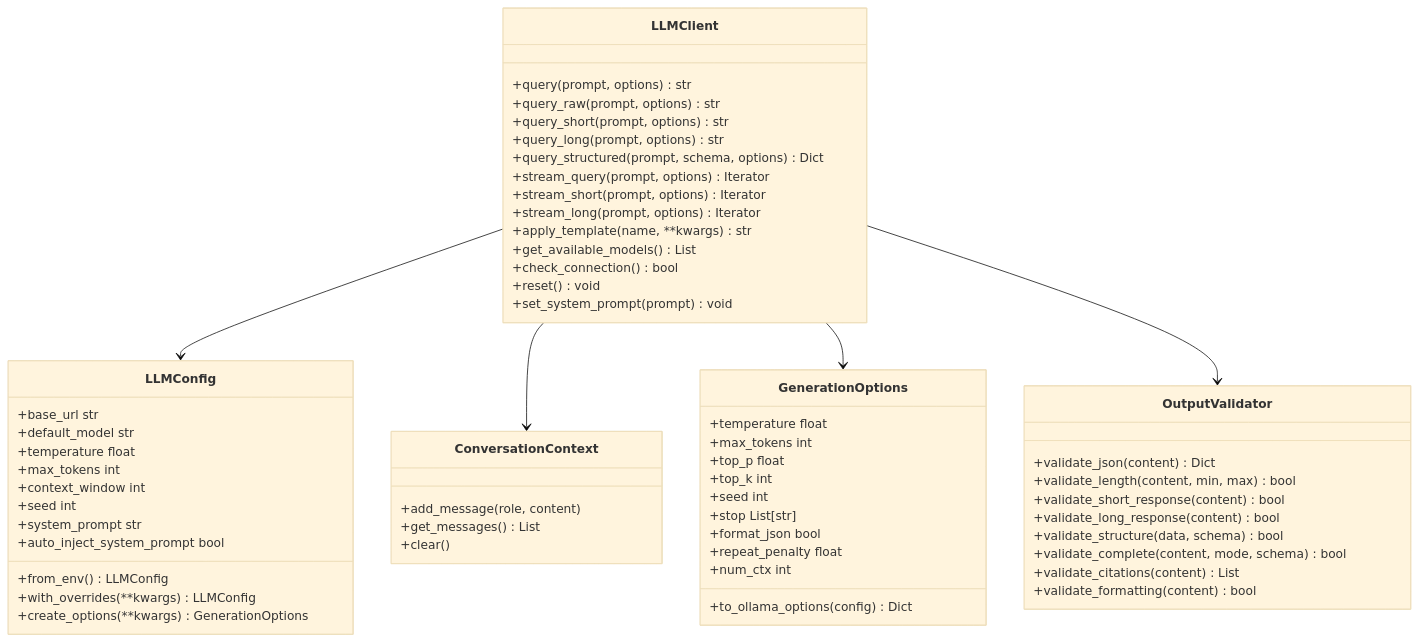
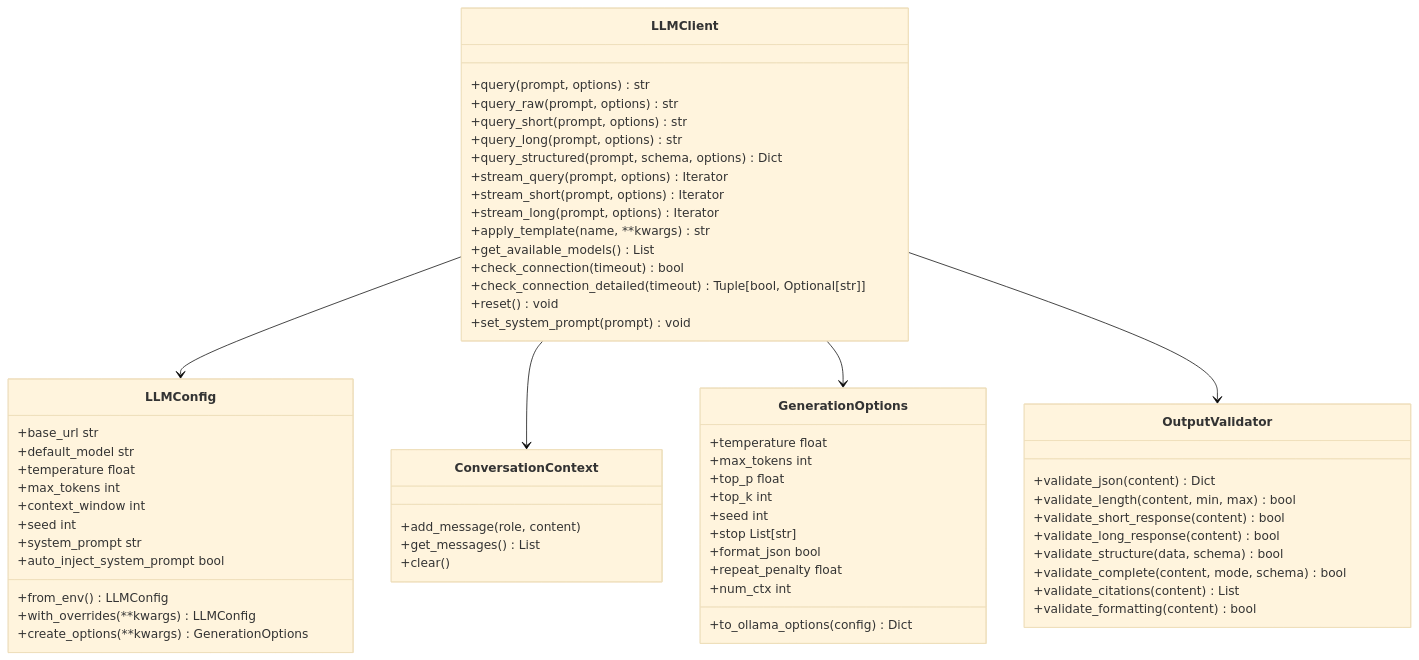
One commit to docxology/literature changed the diagram in infrastructure/llm/AGENTS.md. Above: the diagram before and after it, drawn with Mermaid (base theme). The commit also changed 2293 other files, not shown here.

````diff
--- a/infrastructure/llm/AGENTS.md
+++ b/infrastructure/llm/AGENTS.md
@@ -88,63 +88,64 @@
 ```mermaid
 classDiagram
     class LLMClient {
         +query(prompt, options) str
         +query_raw(prompt, options) str
         +query_short(prompt, options) str
         +query_long(prompt, options) str
         +query_structured(prompt, schema, options) Dict
         +stream_query(prompt, options) Iterator
         +stream_short(prompt, options) Iterator
         +stream_long(prompt, options) Iterator
         +apply_template(name, **kwargs) str
         +get_available_models() List
-        +check_connection() bool
+        +check_connection(timeout) bool
+        +check_connection_detailed(timeout) Tuple[bool, Optional[str]]
         +reset() void
         +set_system_prompt(prompt) void
     }
     class GenerationOptions {
         +temperature float
         +max_tokens int
         +top_p float
         +top_k int
         +seed int
         +stop List[str]
         +format_json bool
         +repeat_penalty float
         +num_ctx int
         +to_ollama_options(config) Dict
     }
     class LLMConfig {
         +base_url str
         +default_model str
         +temperature float
         +max_tokens int
         +context_window int
         +seed int
         +system_prompt str
         +auto_inject_system_prompt bool
         +from_env() LLMConfig
         +with_overrides(**kwargs) LLMConfig
         +create_options(**kwargs) GenerationOptions
     }
     class ConversationContext {
         +add_message(role, content)
         +get_messages() List
         +clear()
     }
     class OutputValidator {
         +validate_json(content) Dict
         +validate_length(content, min, max) bool
         +validate_short_response(content) bool
         +validate_long_response(content) bool
         +validate_structure(data, schema) bool
         +validate_complete(content, mode, schema) bool
         +validate_citations(content) List
         +validate_formatting(content) bool
     }
     
     LLMClient --> LLMConfig
     LLMClient --> ConversationContext
     LLMClient --> GenerationOptions
     LLMClient --> OutputValidator
 ```
````
